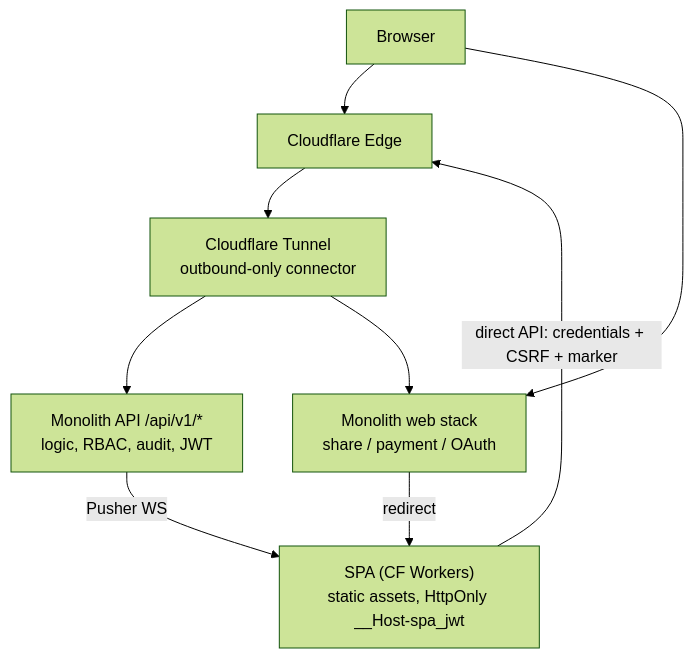
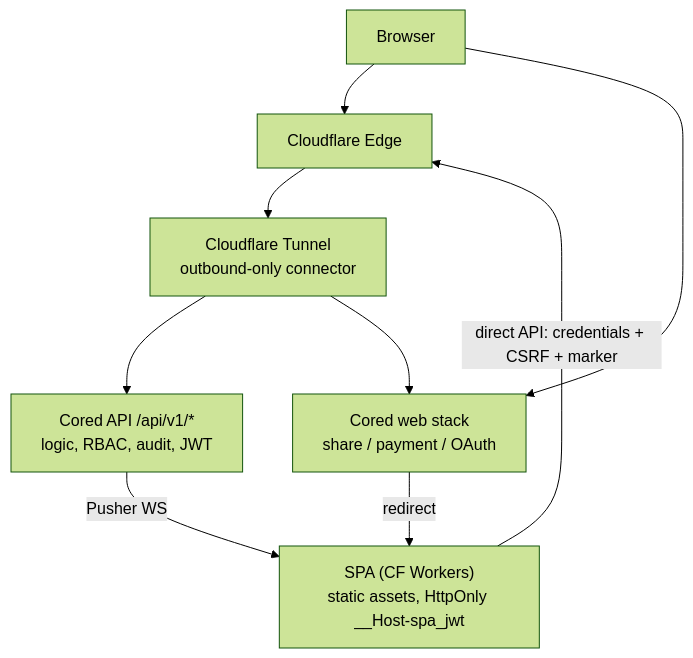
Before and after one commit to silverspoonmedia/cored-backend: the diagram in docs/integration/project-overview.md, drawn with Mermaid (forest theme). The commit also changed other lines of this file and 48 other files, not shown here.

````diff
--- a/docs/integration/project-overview.md
+++ b/docs/integration/project-overview.md
@@ -9,12 +9,12 @@
 ```mermaid
 flowchart TB
     Browser["Browser"] --> Edge["Cloudflare Edge"]
     Edge --> Tunnel["Cloudflare Tunnel<br>outbound-only connector"]
-    Tunnel --> API["Monolith API /api/v1/*<br>logic, RBAC, audit, JWT"]
-    Tunnel --> Web["Monolith web stack<br>share / payment / OAuth"]
+    Tunnel --> API["Cored API /api/v1/*<br>logic, RBAC, audit, JWT"]
+    Tunnel --> Web["Cored web stack<br>share / payment / OAuth"]
     SPA["SPA (CF Workers)<br>static assets, HttpOnly __Host-spa_jwt"]
     SPA -->|"direct API: credentials + CSRF + marker"| Edge
     Browser --> Web
     Web -->|"redirect"| SPA
     API -->|"Pusher WS"| SPA
 ```
````
